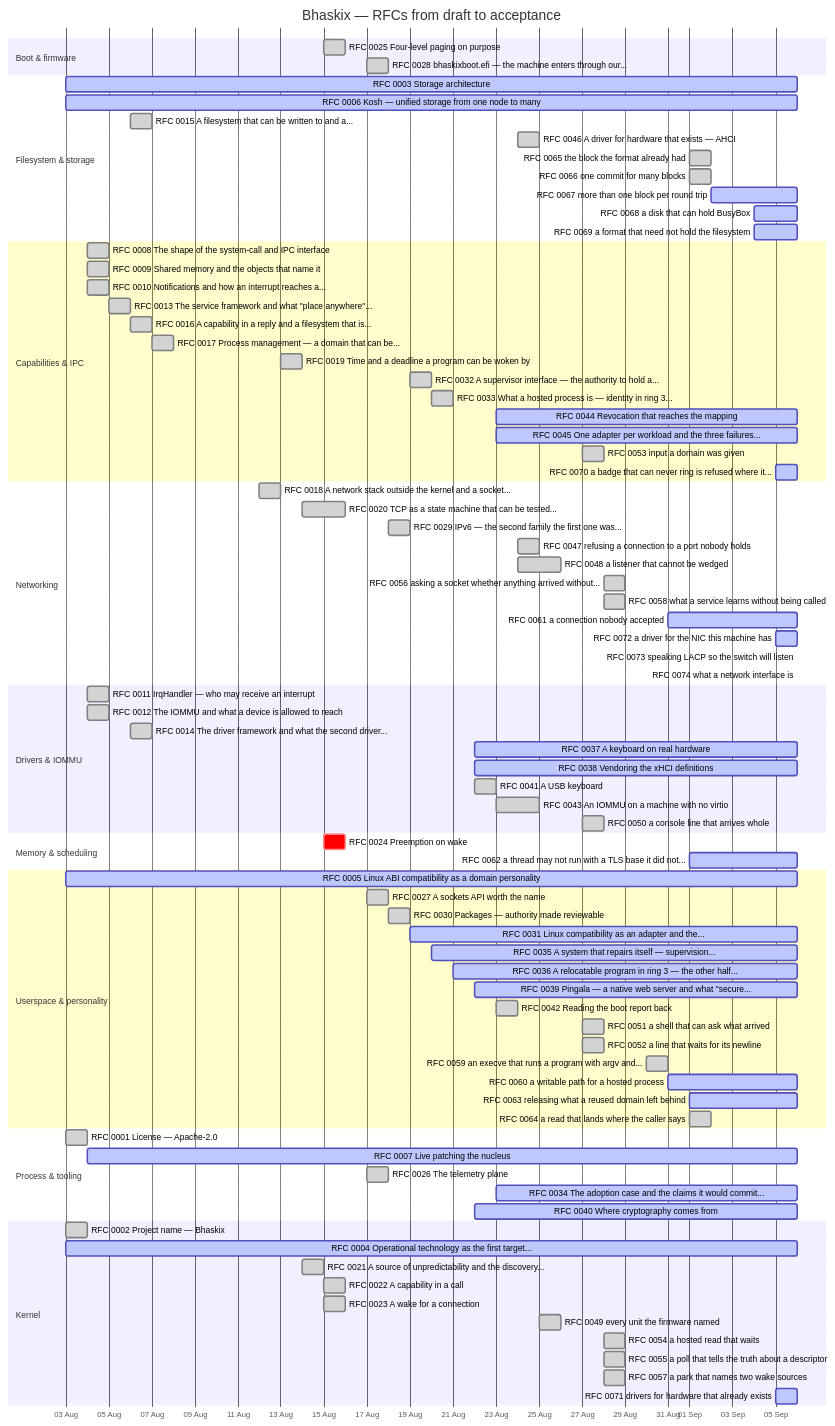
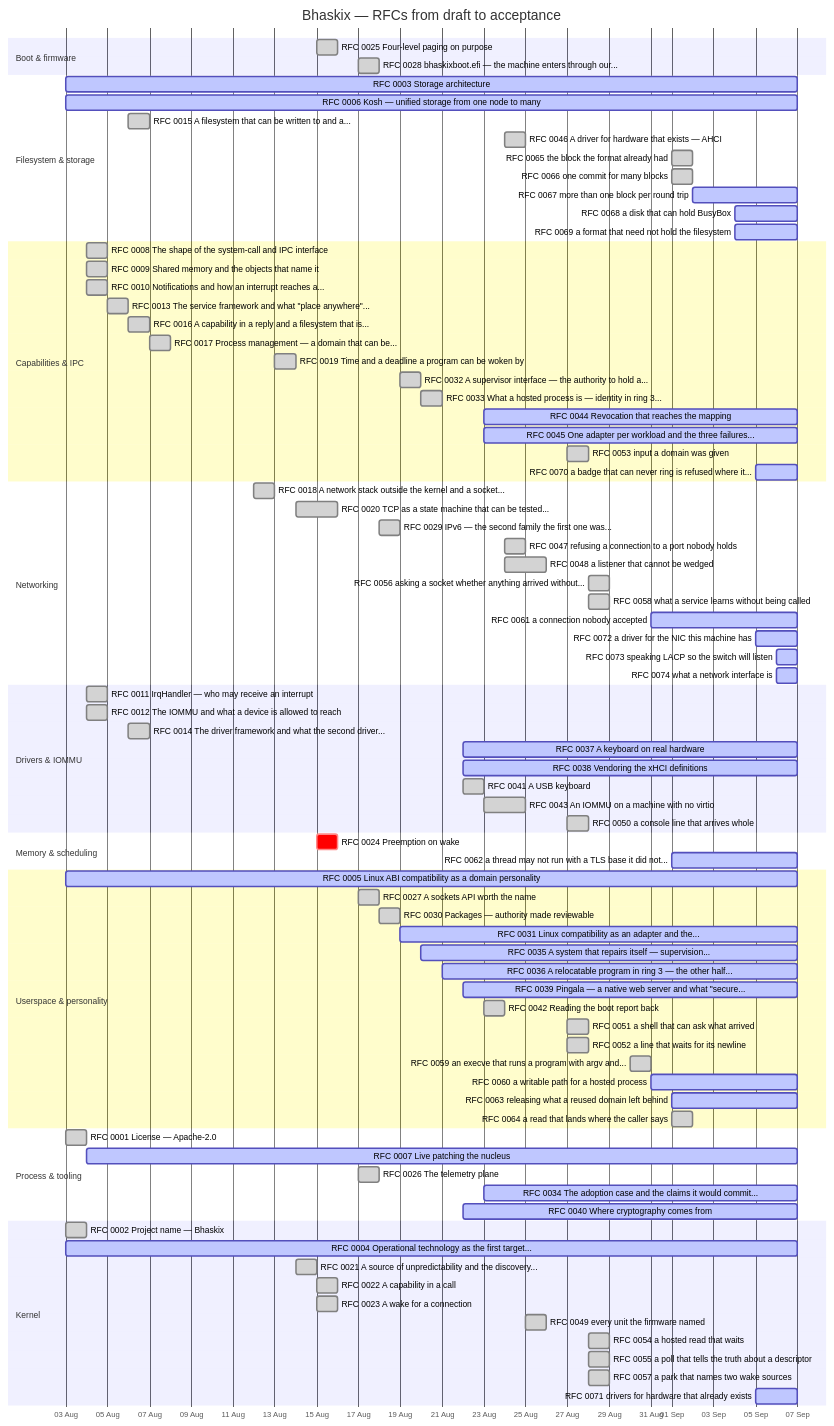
Before and after one commit to bhaskix/bhaskix: the diagram in docs/progress.md, drawn with Mermaid. The commit also changed other lines of this file and 8 other files, not shown here.

````diff
--- a/docs/progress.md
+++ b/docs/progress.md
@@ -31,15 +31,15 @@
     RFC 0025 Four-level paging on purpose :done, r0025, 2026-08-15, 2026-08-16
     RFC 0028 bhaskixboot.efi — the machine enters through our... :done, r0028, 2026-08-17, 2026-08-18
     section Filesystem & storage
-    RFC 0003 Storage architecture :active, r0003, 2026-08-03, 2026-09-06
-    RFC 0006 Kosh — unified storage from one node to many :active, r0006, 2026-08-03, 2026-09-06
+    RFC 0003 Storage architecture :active, r0003, 2026-08-03, 2026-09-07
+    RFC 0006 Kosh — unified storage from one node to many :active, r0006, 2026-08-03, 2026-09-07
     RFC 0015 A filesystem that can be written to and a... :done, r0015, 2026-08-06, 1d
     RFC 0046 A driver for hardware that exists — AHCI :done, r0046, 2026-08-24, 1d
     RFC 0065 the block the format already had :done, r0065, 2026-09-01, 1d
     RFC 0066 one commit for many blocks :done, r0066, 2026-09-01, 1d
-    RFC 0067 more than one block per round trip :active, r0067, 2026-09-02, 2026-09-06
-    RFC 0068 a disk that can hold BusyBox :active, r0068, 2026-09-04, 2026-09-06
-    RFC 0069 a format that need not hold the filesystem :active, r0069, 2026-09-04, 2026-09-06
+    RFC 0067 more than one block per round trip :active, r0067, 2026-09-02, 2026-09-07
+    RFC 0068 a disk that can hold BusyBox :active, r0068, 2026-09-04, 2026-09-07
+    RFC 0069 a format that need not hold the filesystem :active, r0069, 2026-09-04, 2026-09-07
     section Capabilities & IPC
     RFC 0008 The shape of the system-call and IPC interface :done, r0008, 2026-08-04, 1d
     RFC 0009 Shared memory and the objects that name it :done, r0009, 2026-08-04, 1d
@@ -50,10 +50,10 @@
     RFC 0019 Time and a deadline a program can be woken by :done, r0019, 2026-08-13, 2026-08-14
     RFC 0032 A supervisor interface — the authority to hold a... :done, r0032, 2026-08-19, 2026-08-20
     RFC 0033 What a hosted process is — identity in ring 3... :done, r0033, 2026-08-20, 1d
-    RFC 0044 Revocation that reaches the mapping :active, r0044, 2026-08-23, 2026-09-06
-    RFC 0045 One adapter per workload and the three failures... :active, r0045, 2026-08-23, 2026-09-06
+    RFC 0044 Revocation that reaches the mapping :active, r0044, 2026-08-23, 2026-09-07
+    RFC 0045 One adapter per workload and the three failures... :active, r0045, 2026-08-23, 2026-09-07
     RFC 0053 input a domain was given :done, r0053, 2026-08-27, 1d
-    RFC 0070 a badge that can never ring is refused where it... :active, r0070, 2026-09-05, 2026-09-06
+    RFC 0070 a badge that can never ring is refused where it... :active, r0070, 2026-09-05, 2026-09-07
     section Networking
     RFC 0018 A network stack outside the kernel and a socket... :done, r0018, 2026-08-12, 2026-08-13
     RFC 0020 TCP as a state machine that can be tested... :done, r0020, 2026-08-14, 2026-08-16
@@ -62,46 +62,46 @@
     RFC 0048 a listener that cannot be wedged :done, r0048, 2026-08-24, 2026-08-26
     RFC 0056 asking a socket whether anything arrived without... :done, r0056, 2026-08-28, 1d
     RFC 0058 what a service learns without being called :done, r0058, 2026-08-28, 1d
-    RFC 0061 a connection nobody accepted :active, r0061, 2026-08-31, 2026-09-06
-    RFC 0072 a driver for the NIC this machine has :active, r0072, 2026-09-05, 2026-09-06
-    RFC 0073 speaking LACP so the switch will listen :active, r0073, 2026-09-06, 2026-09-06
-    RFC 0074 what a network interface is :active, r0074, 2026-09-06, 2026-09-06
+    RFC 0061 a connection nobody accepted :active, r0061, 2026-08-31, 2026-09-07
+    RFC 0072 a driver for the NIC this machine has :active, r0072, 2026-09-05, 2026-09-07
+    RFC 0073 speaking LACP so the switch will listen :active, r0073, 2026-09-06, 2026-09-07
+    RFC 0074 what a network interface is :active, r0074, 2026-09-06, 2026-09-07
     section Drivers & IOMMU
     RFC 0011 IrqHandler — who may receive an interrupt :done, r0011, 2026-08-04, 1d
     RFC 0012 The IOMMU and what a device is allowed to reach :done, r0012, 2026-08-04, 1d
     RFC 0014 The driver framework and what the second driver... :done, r0014, 2026-08-06, 1d
-    RFC 0037 A keyboard on real hardware :active, r0037, 2026-08-22, 2026-09-06
-    RFC 0038 Vendoring the xHCI definitions :active, r0038, 2026-08-22, 2026-09-06
+    RFC 0037 A keyboard on real hardware :active, r0037, 2026-08-22, 2026-09-07
+    RFC 0038 Vendoring the xHCI definitions :active, r0038, 2026-08-22, 2026-09-07
     RFC 0041 A USB keyboard :done, r0041, 2026-08-22, 2026-08-23
     RFC 0043 An IOMMU on a machine with no virtio :done, r0043, 2026-08-23, 2026-08-25
     RFC 0050 a console line that arrives whole :done, r0050, 2026-08-27, 1d
     section Memory & scheduling
     RFC 0024 Preemption on wake :crit, r0024, 2026-08-15, 1d
-    RFC 0062 a thread may not run with a TLS base it did not... :active, r0062, 2026-09-01, 2026-09-06
+    RFC 0062 a thread may not run with a TLS base it did not... :active, r0062, 2026-09-01, 2026-09-07
     section Userspace & personality
-    RFC 0005 Linux ABI compatibility as a domain personality :active, r0005, 2026-08-03, 2026-09-06
+    RFC 0005 Linux ABI compatibility as a domain personality :active, r0005, 2026-08-03, 2026-09-07
     RFC 0027 A sockets API worth the name :done, r0027, 2026-08-17, 1d
     RFC 0030 Packages — authority made reviewable :done, r0030, 2026-08-18, 2026-08-19
-    RFC 0031 Linux compatibility as an adapter and the... :active, r0031, 2026-08-19, 2026-09-06
-    RFC 0035 A system that repairs itself — supervision... :active, r0035, 2026-08-20, 2026-09-06
-    RFC 0036 A relocatable program in ring 3 — the other half... :active, r0036, 2026-08-21, 2026-09-06
-    RFC 0039 Pingala — a native web server and what "secure... :active, r0039, 2026-08-22, 2026-09-06
+    RFC 0031 Linux compatibility as an adapter and the... :active, r0031, 2026-08-19, 2026-09-07
+    RFC 0035 A system that repairs itself — supervision... :active, r0035, 2026-08-20, 2026-09-07
+    RFC 0036 A relocatable program in ring 3 — the other half... :active, r0036, 2026-08-21, 2026-09-07
+    RFC 0039 Pingala — a native web server and what "secure... :active, r0039, 2026-08-22, 2026-09-07
     RFC 0042 Reading the boot report back :done, r0042, 2026-08-23, 1d
     RFC 0051 a shell that can ask what arrived :done, r0051, 2026-08-27, 1d
     RFC 0052 a line that waits for its newline :done, r0052, 2026-08-27, 1d
     RFC 0059 an execve that runs a program with argv and... :done, r0059, 2026-08-30, 1d
-    RFC 0060 a writable path for a hosted process :active, r0060, 2026-08-31, 2026-09-06
-    RFC 0063 releasing what a reused domain left behind :active, r0063, 2026-09-01, 2026-09-06
+    RFC 0060 a writable path for a hosted process :active, r0060, 2026-08-31, 2026-09-07
+    RFC 0063 releasing what a reused domain left behind :active, r0063, 2026-09-01, 2026-09-07
     RFC 0064 a read that lands where the caller says :done, r0064, 2026-09-01, 1d
     section Process & tooling
     RFC 0001 License — Apache-2.0 :done, r0001, 2026-08-03, 1d
-    RFC 0007 Live patching the nucleus :active, r0007, 2026-08-04, 2026-09-06
+    RFC 0007 Live patching the nucleus :active, r0007, 2026-08-04, 2026-09-07
     RFC 0026 The telemetry plane :done, r0026, 2026-08-17, 1d
-    RFC 0034 The adoption case and the claims it would commit... :active, r0034, 2026-08-23, 2026-09-06
-    RFC 0040 Where cryptography comes from :active, r0040, 2026-08-22, 2026-09-06
+    RFC 0034 The adoption case and the claims it would commit... :active, r0034, 2026-08-23, 2026-09-07
+    RFC 0040 Where cryptography comes from :active, r0040, 2026-08-22, 2026-09-07
     section Kernel
     RFC 0002 Project name — Bhaskix :done, r0002, 2026-08-03, 1d
-    RFC 0004 Operational technology as the first target... :active, r0004, 2026-08-03, 2026-09-06
+    RFC 0004 Operational technology as the first target... :active, r0004, 2026-08-03, 2026-09-07
     RFC 0021 A source of unpredictability and the discovery... :done, r0021, 2026-08-14, 1d
     RFC 0022 A capability in a call :done, r0022, 2026-08-15, 2026-08-16
     RFC 0023 A wake for a connection :done, r0023, 2026-08-15, 2026-08-16
@@ -109,5 +109,5 @@
     RFC 0054 a hosted read that waits :done, r0054, 2026-08-28, 1d
     RFC 0055 a poll that tells the truth about a descriptor :done, r0055, 2026-08-28, 1d
     RFC 0057 a park that names two wake sources :done, r0057, 2026-08-28, 1d
-    RFC 0071 drivers for hardware that already exists :active, r0071, 2026-09-05, 2026-09-06
+    RFC 0071 drivers for hardware that already exists :active, r0071, 2026-09-05, 2026-09-07
 ```
````
